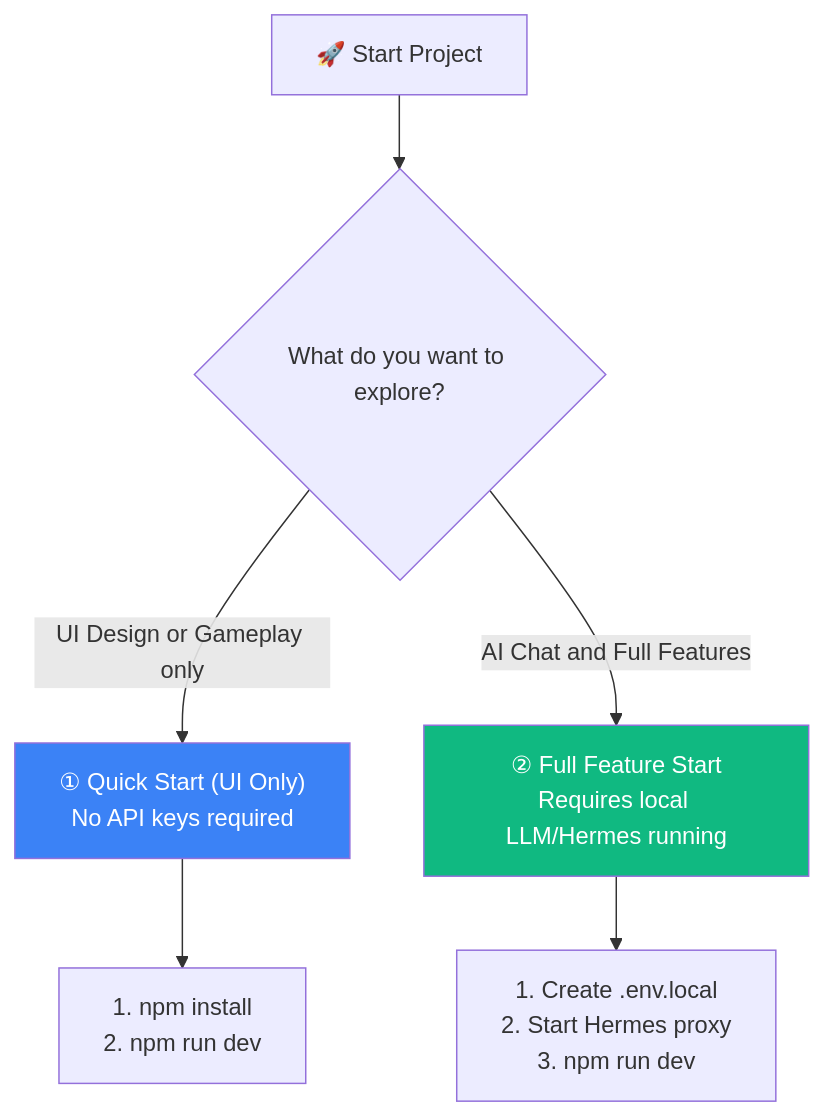
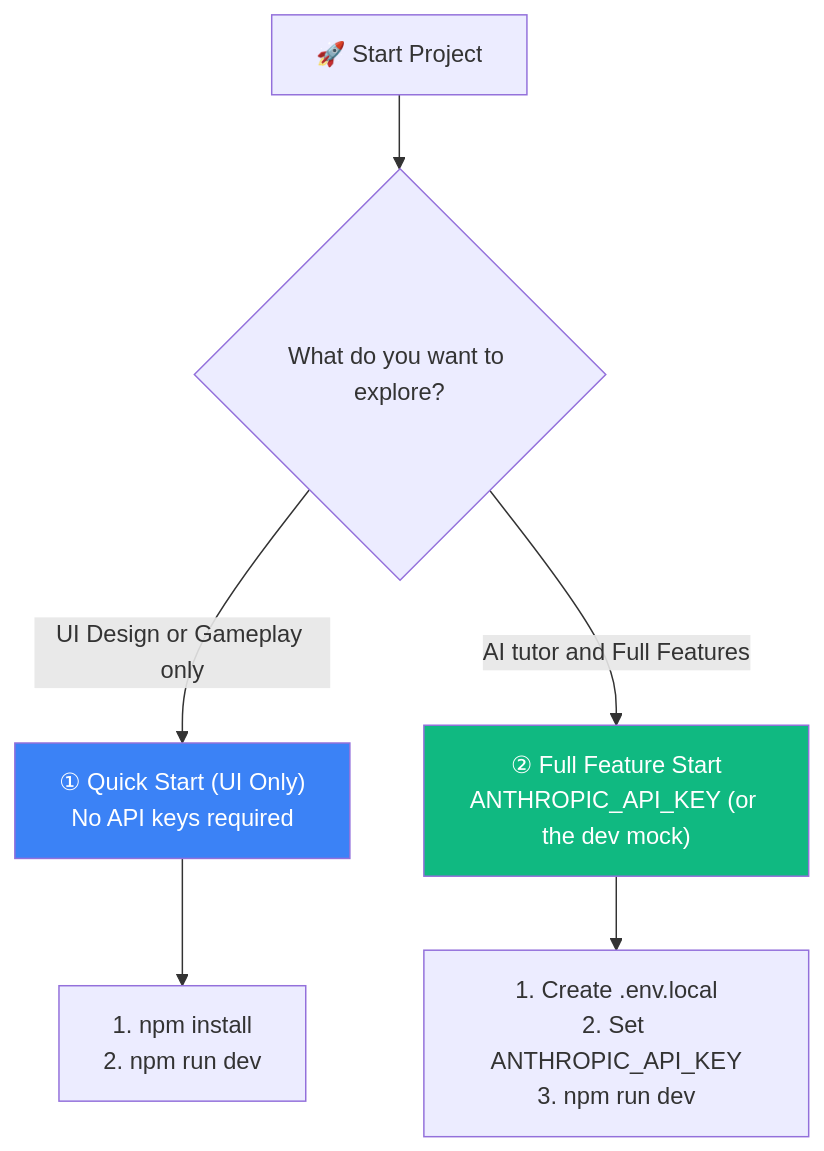
The diagram in README.md (NPO-OpenCoralNetwork/rise-path-demo-game-integration), drawn with Mermaid before and after one commit. The commit also changed other lines of this file and 27 other files, not shown here.

````diff
--- a/README.md
+++ b/README.md
@@ -106,12 +106,12 @@
 ```mermaid
 flowchart TD
     Start["🚀 Start Project"] --> Choice{"What do you want to explore?"}
     Choice -->|UI Design or Gameplay only| Quick["① Quick Start (UI Only)<br>No API keys required"]
-    Choice -->|AI Chat and Full Features| Full["② Full Feature Start<br>Requires local LLM/Hermes running"]
+    Choice -->|AI tutor and Full Features| Full["② Full Feature Start<br>ANTHROPIC_API_KEY (or the dev mock)"]
     
     Quick --> ExecQuick["1. npm install<br>2. npm run dev"]
-    Full --> ExecFull["1. Create .env.local<br>2. Start Hermes proxy<br>3. npm run dev"]
+    Full --> ExecFull["1. Create .env.local<br>2. Set ANTHROPIC_API_KEY<br>3. npm run dev"]
 
     style Quick fill:#3B82F6,color:#fff
     style Full fill:#10B981,color:#fff
 ```
````
